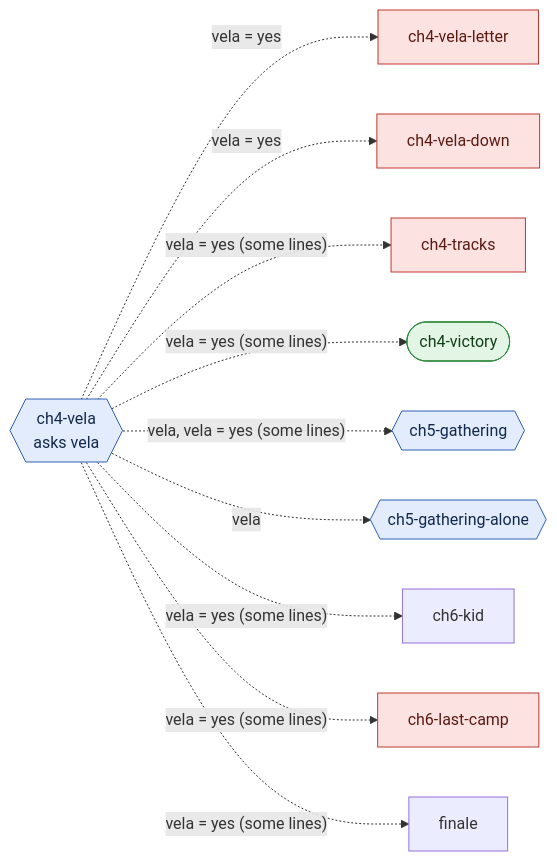
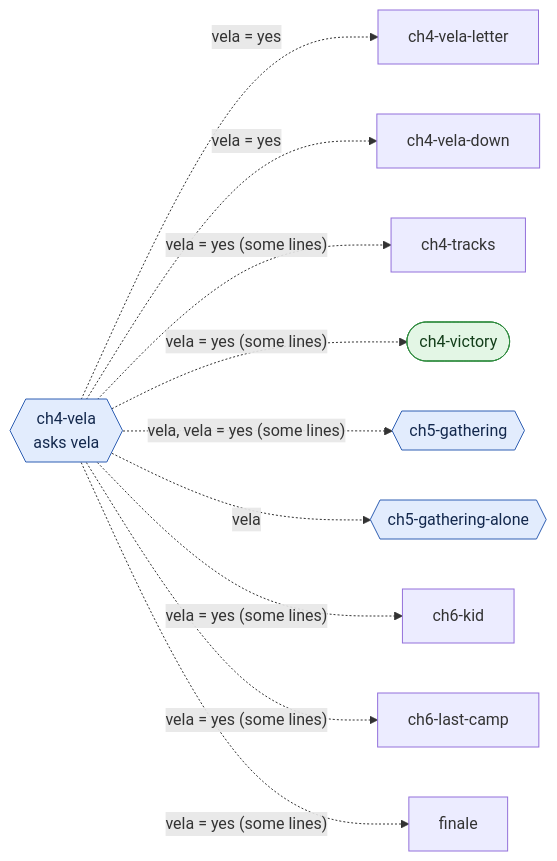
The sixth of 17 diagrams in src/story/graph.md (damicoedoardo/calisthenics-quest), drawn with Mermaid before and after one commit. The commit also changed other lines of this file and 14 other files, not shown here.

First line of the commit message:
Story catches up when a boss falls early, and the graph test holds it

````diff
--- a/src/story/graph.md
+++ b/src/story/graph.md
@@ -196,25 +138,21 @@
 ```mermaid
 flowchart LR
   ch4_vela{{"ch4-vela<br/>asks vela"}}
   ch4_vela -.->|"vela = yes"| ch4_vela_letter["ch4-vela-letter"]
   ch4_vela -.->|"vela = yes"| ch4_vela_down["ch4-vela-down"]
   ch4_vela -.->|"vela = yes (some lines)"| ch4_tracks["ch4-tracks"]
   ch4_vela -.->|"vela = yes (some lines)"| ch4_victory(["ch4-victory"])
   ch4_vela -.->|"vela, vela = yes (some lines)"| ch5_gathering{{"ch5-gathering"}}
   ch4_vela -.->|"vela"| ch5_gathering_alone{{"ch5-gathering-alone"}}
   ch4_vela -.->|"vela = yes (some lines)"| ch6_kid["ch6-kid"]
   ch4_vela -.->|"vela = yes (some lines)"| ch6_last_camp["ch6-last-camp"]
   ch4_vela -.->|"vela = yes (some lines)"| finale["finale"]
   classDef lost fill:#fde2e2,stroke:#c0392b,color:#5b1a12
   classDef only fill:#fdf1d6,stroke:#c98a10,color:#4a3305
   classDef ask fill:#e2ecfd,stroke:#2f5fb3,color:#13284d
   classDef done fill:#e3f6e5,stroke:#2e8b3e,color:#123d19
   class ch4_vela ask
-  class ch4_vela_letter lost
-  class ch4_vela_down lost
-  class ch4_tracks lost
   class ch4_victory done
   class ch5_gathering ask
   class ch5_gathering_alone ask
-  class ch6_last_camp lost
 ```
````
